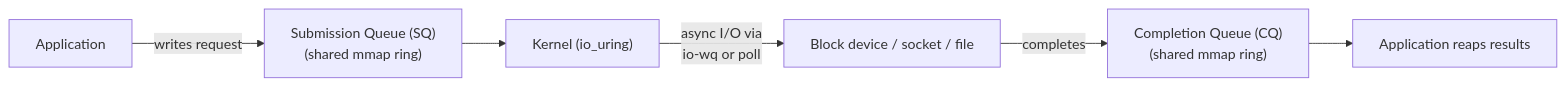
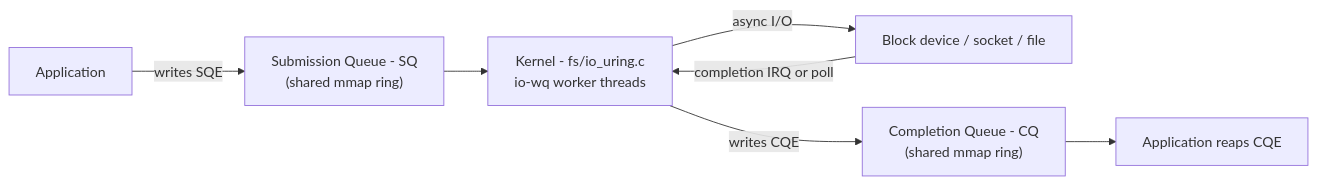
The first of 4 diagrams in src/os/kernel/io-uring.md (vanos001/placement_prep), drawn with Mermaid before and after one commit. The commit also changed other lines of this file, not shown here.

Commit message:
docs(os): expand io_uring from 96 to ~400 lines

````diff
--- a/src/os/kernel/io-uring.md
+++ b/src/os/kernel/io-uring.md
@@ -7,8 +9,9 @@
 ```mermaid
 graph LR
-    APP["Application"] -->|"writes request"| SQ["Submission Queue (SQ)<br/>(shared mmap ring)"]
-    SQ --> KERN["Kernel (io_uring)"]
-    KERN -->|"async I/O via<br/>io-wq or poll"| DEV["Block device / socket / file"]
-    DEV -->|"completes"| CQ["Completion Queue (CQ)<br/>(shared mmap ring)"]
-    CQ --> APP2["Application reaps results"]
+    APP["Application"] -->|"writes SQE"| SQ["Submission Queue - SQ<br/>(shared mmap ring)"]
+    SQ --> KERN["Kernel - fs/io_uring.c<br/>io-wq worker threads"]
+    KERN -->|"async I/O"| DEV["Block device / socket / file"]
+    DEV -->|"completion IRQ or poll"| KERN
+    KERN -->|"writes CQE"| CQ["Completion Queue - CQ<br/>(shared mmap ring)"]
+    CQ --> APP2["Application reaps CQE"]
 ```
````
